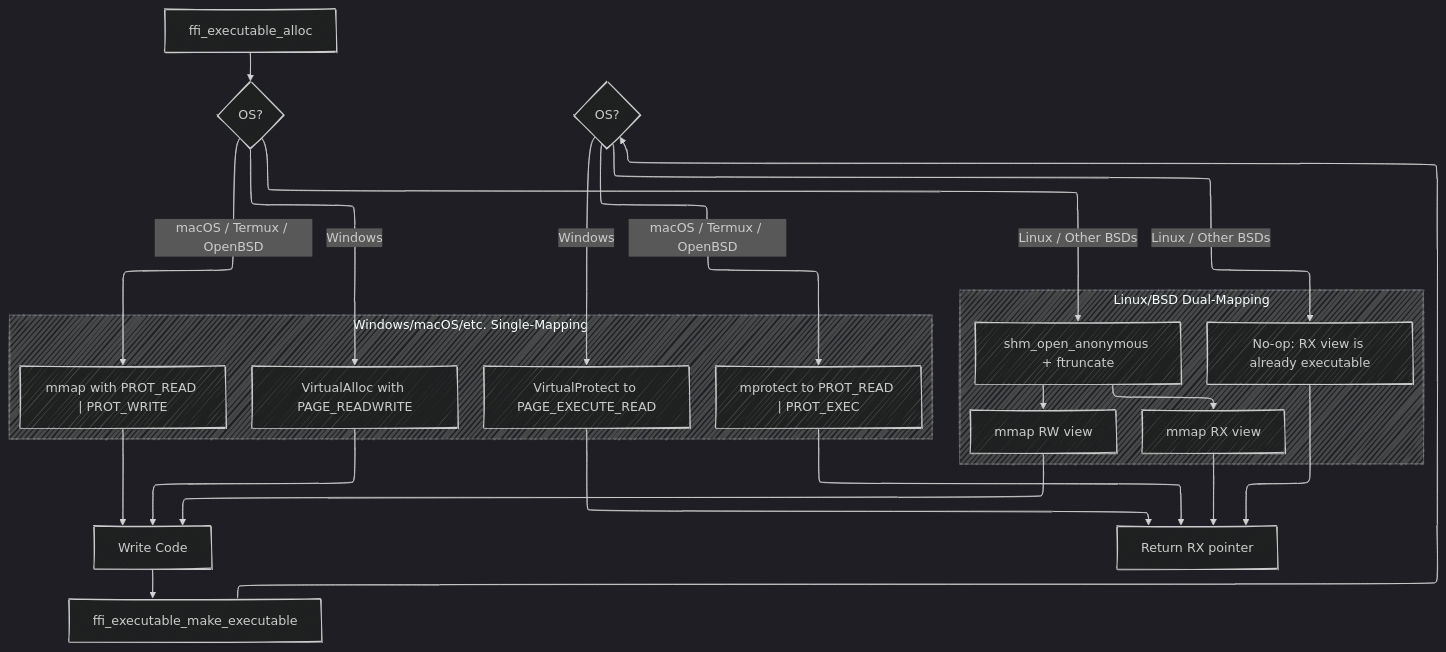
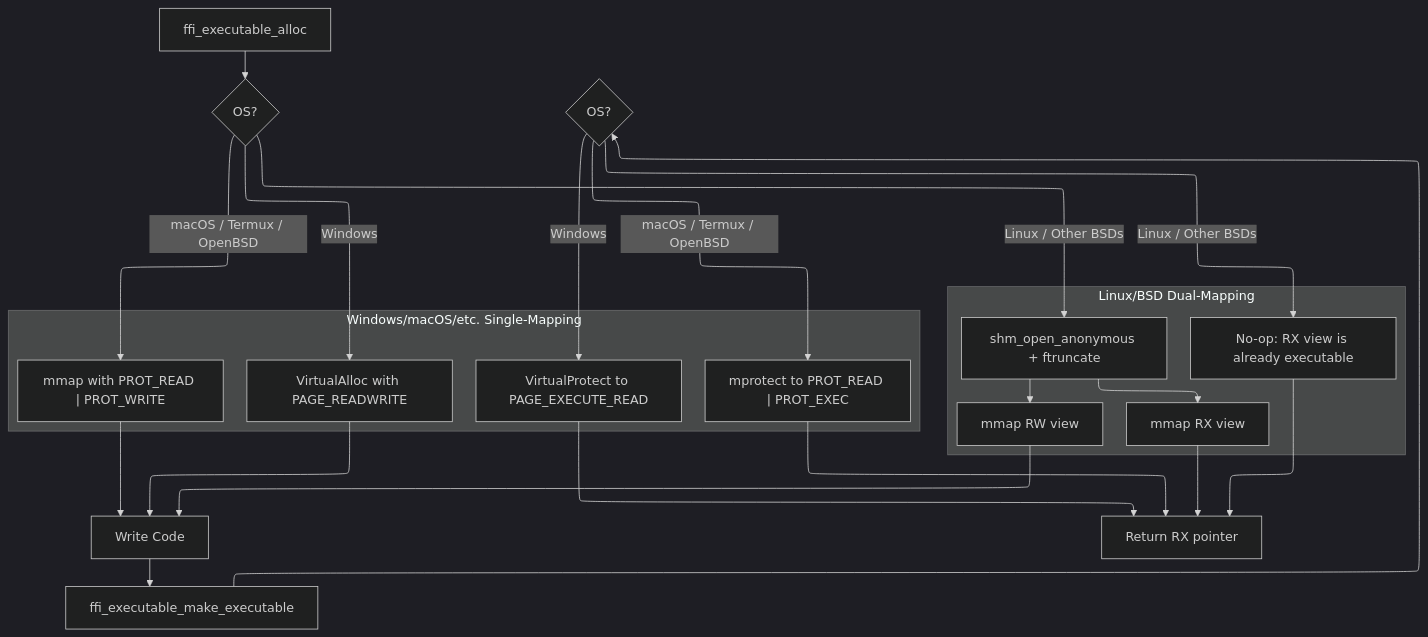
Before and after one commit to sanko/infix: the first of 3 diagrams in docs/internals.md, drawn with Mermaid. The commit also changed other lines of this file and 30 other files, not shown here.

````diff
--- a/docs/internals.md
+++ b/docs/internals.md
@@ -91,36 +127,35 @@
 ```mermaid
 ---
 config:
   layout: elk
-  look: handDrawn
   theme: dark
 ---
 graph
     A[ffi_executable_alloc] --> B{OS?};
     B -->|Windows| C[VirtualAlloc with PAGE_READWRITE];
     B -->|macOS / Termux / OpenBSD| D["mmap with PROT_READ | PROT_WRITE"];
     B -->|Linux / Other BSDs| E[shm_open_anonymous + ftruncate];
 
     C --> F[Write Code];
     D --> F;
     E --> G[mmap RW view] --> F;
     E --> H[mmap RX view];
 
     F --> I[ffi_executable_make_executable];
     I --> J{OS?};
     J -->|Windows| K[VirtualProtect to PAGE_EXECUTE_READ];
     J -->|macOS / Termux / OpenBSD| L["mprotect to PROT_READ | PROT_EXEC"];
     J -->|Linux / Other BSDs| M[No-op: RX view is already executable];
 
     K --> N[Return RX pointer];
     L --> N;
     M --> N;
     H --> N;
 
     subgraph "Linux/BSD Dual-Mapping"
       E; G; H; M;
     end
     subgraph "Windows/macOS/etc. Single-Mapping"
       C; D; K; L;
     end
 ```
````
